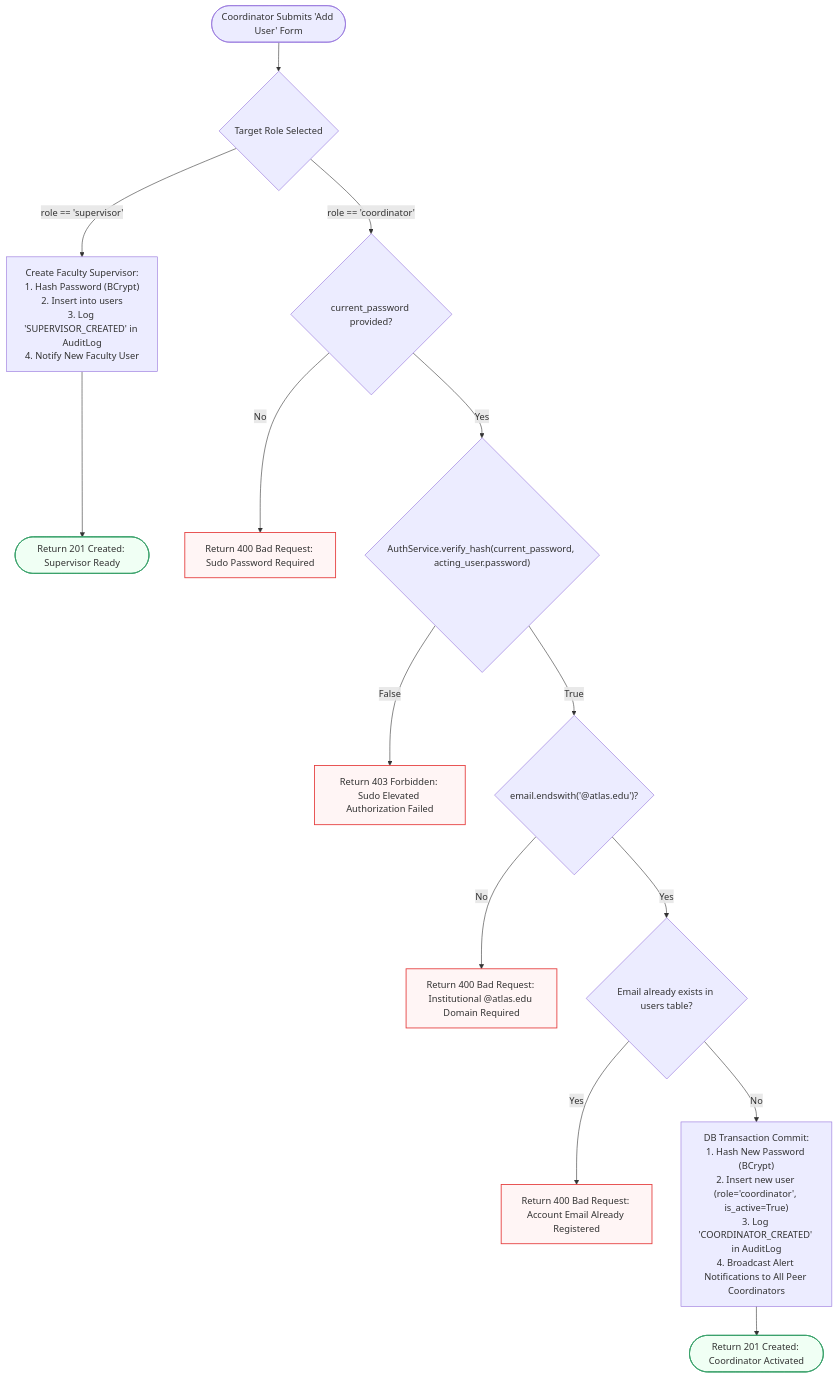
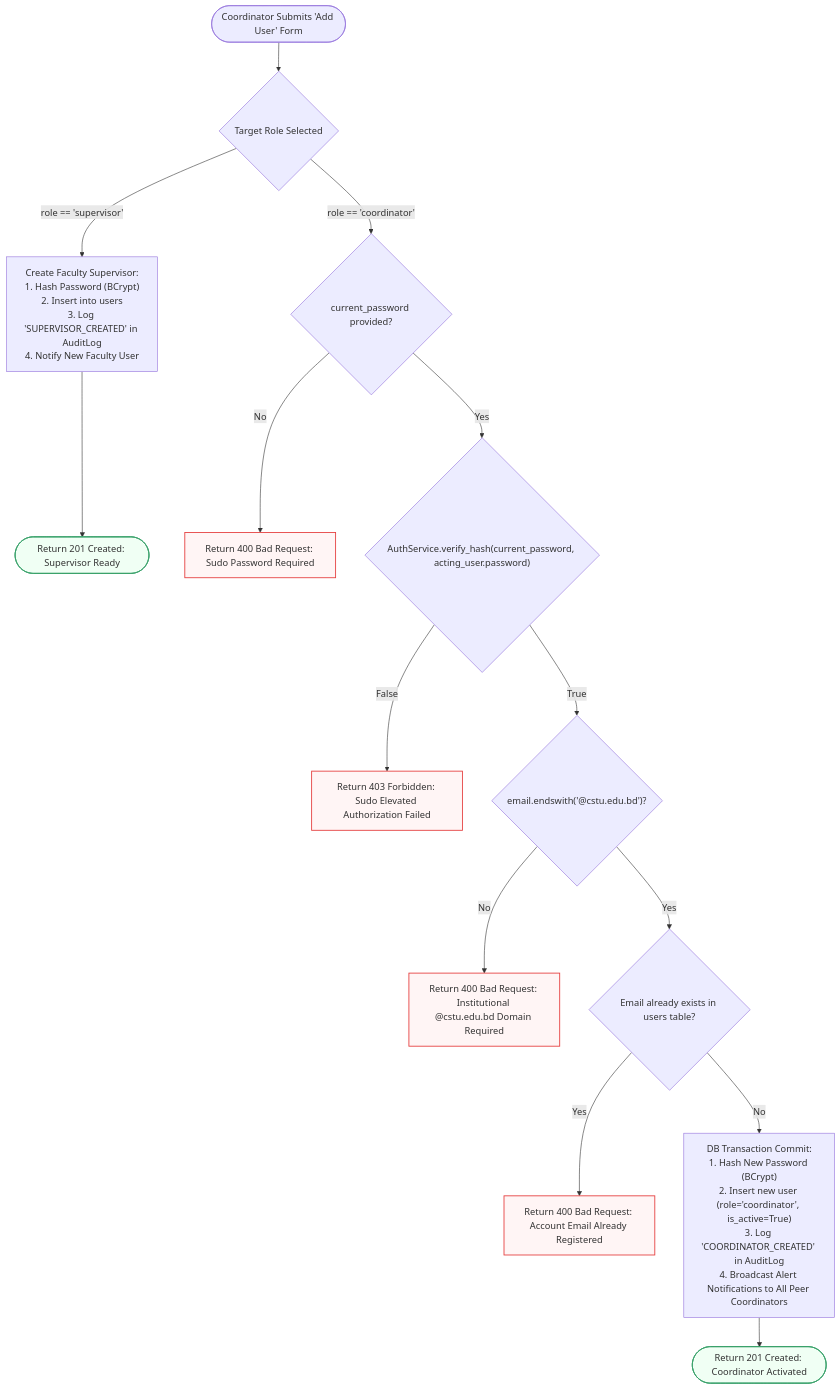
Before and after one commit to LIGHT2DD/Atlas_Mobile: diagram 34 of 38 in diagram.md, drawn with Mermaid. The commit also changed other lines of this file and 63 other files, not shown here.

````diff
--- a/diagram.md
+++ b/diagram.md
@@ -1641,27 +1641,27 @@
 ```mermaid
 flowchart TD
     Start(["Coordinator Submits 'Add User' Form"]) --> CheckRole{"Target Role Selected"}
 
     CheckRole -- "role == 'supervisor'" --> CreateSupervisor["Create Faculty Supervisor:<br/>1. Hash Password (BCrypt)<br/>2. Insert into users<br/>3. Log 'SUPERVISOR_CREATED' in AuditLog<br/>4. Notify New Faculty User"]
     CreateSupervisor --> Return201Sup(["Return 201 Created: Supervisor Ready"])
 
     CheckRole -- "role == 'coordinator'" --> CheckSudoPassword{"current_password provided?"}
     CheckSudoPassword -- No --> ErrNoSudo["Return 400 Bad Request: Sudo Password Required"]
 
     CheckSudoPassword -- Yes --> VerifySudoHash{"AuthService.verify_hash(current_password, acting_user.password)"}
     VerifySudoHash -- False --> ErrWrongSudo["Return 403 Forbidden: Sudo Elevated Authorization Failed"]
 
-    VerifySudoHash -- True --> CheckEmailDomain{"email.endswith('@atlas.edu')?"}
-    CheckEmailDomain -- No --> ErrDomain["Return 400 Bad Request: Institutional @atlas.edu Domain Required"]
+    VerifySudoHash -- True --> CheckEmailDomain{"email.endswith('@cstu.edu.bd')?"}
+    CheckEmailDomain -- No --> ErrDomain["Return 400 Bad Request: Institutional @cstu.edu.bd Domain Required"]
 
     CheckEmailDomain -- Yes --> CheckDuplicate{"Email already exists in users table?"}
     CheckDuplicate -- Yes --> ErrDuplicate["Return 400 Bad Request: Account Email Already Registered"]
 
     CheckDuplicate -- No --> CreateCoordinator["DB Transaction Commit:<br/>1. Hash New Password (BCrypt)<br/>2. Insert new user (role='coordinator', is_active=True)<br/>3. Log 'COORDINATOR_CREATED' in AuditLog<br/>4. Broadcast Alert Notifications to All Peer Coordinators"]
     CreateCoordinator --> Return201Coord(["Return 201 Created: Coordinator Activated"])
 
     classDef err fill:#FFF5F5,stroke:#E53E3E,stroke-width:1.5px;
     classDef success fill:#F0FFF4,stroke:#38A169,stroke-width:1.5px;
     class ErrNoSudo,ErrWrongSudo,ErrDomain,ErrDuplicate err;
     class Return201Sup,Return201Coord success;
 ```
````
